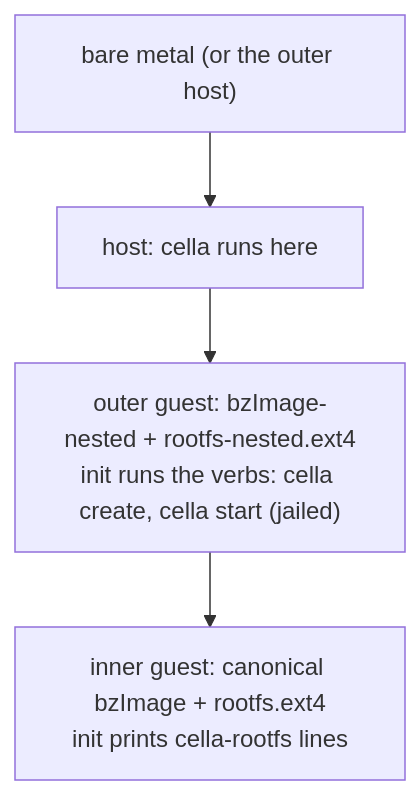
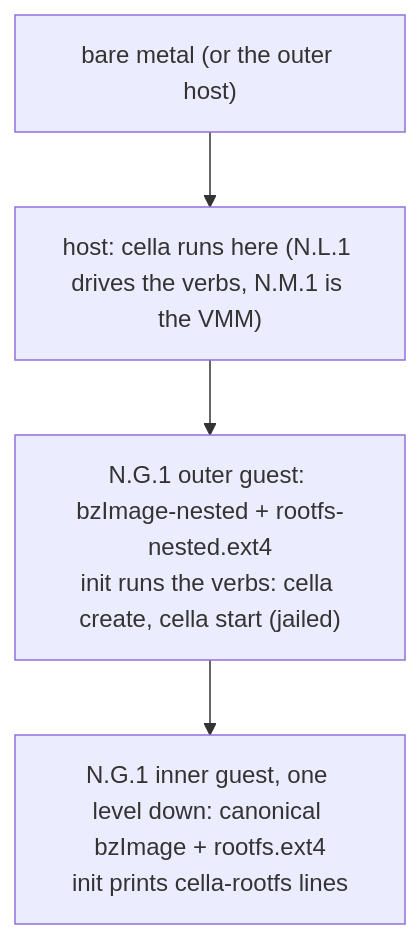
One commit to omne-earth/cella changed the first of 2 diagrams in docs/NESTED-BOOT.md. Above: the diagram before and after it, drawn with Mermaid. The commit also changed other lines of this file and 8 other files, not shown here.

Commit message:
docs: comprehensive grooming of all markdowns and diagrams

````diff
--- a/docs/NESTED-BOOT.md
+++ b/docs/NESTED-BOOT.md
@@ -26,6 +27,6 @@
 ```mermaid
 flowchart TD
-    L0["bare metal (or the outer host)"] --> L1["host: cella runs here"]
-    L1 --> L2["outer guest: bzImage-nested + rootfs-nested.ext4<br/>init runs the verbs: cella create, cella start (jailed)"]
-    L2 --> L3["inner guest: canonical bzImage + rootfs.ext4<br/>init prints cella-rootfs lines"]
+    L0["bare metal (or the outer host)"] --> L1["host: cella runs here (N.L.1 drives the verbs, N.M.1 is the VMM)"]
+    L1 --> L2["N.G.1 outer guest: bzImage-nested + rootfs-nested.ext4<br/>init runs the verbs: cella create, cella start (jailed)"]
+    L2 --> L3["N.G.1 inner guest, one level down: canonical bzImage + rootfs.ext4<br/>init prints cella-rootfs lines"]
 ```
````
